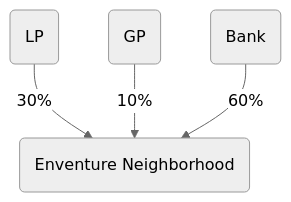
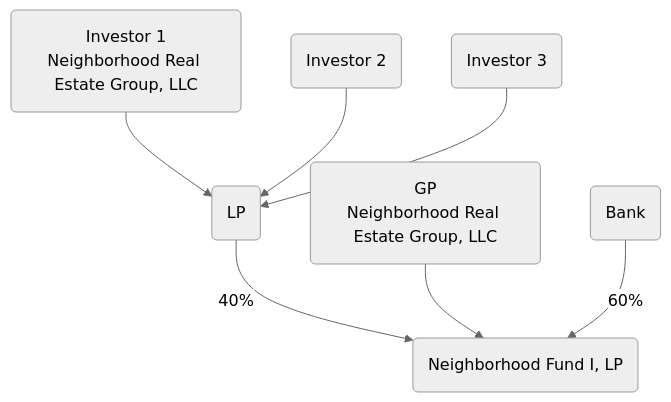
Before and after one commit to Enventure/neighborhood: the diagram in neighborhood.md, drawn with Mermaid (neutral theme). The commit also changed other lines of this file and 2 other files, not shown here.

```diff
--- a/neighborhood.md
+++ b/neighborhood.md
@@ -131,8 +131,11 @@
 <div class="mermaid">
 graph TD;
-    0(LP)--30%--> A(Enventure Neighborhood)
-    B(GP)--10%--> A
+    0(LP)--40%--> A(Neighborhood Fund I, LP)
+    B(GP<p>Neighborhood Real Estate Group, LLC</p>)--> A
     C(Bank)--60%--> A
+    1(Investor 1<p>Neighborhood Real Estate Group, LLC</p>)--> 0
+    2(Investor 2)--> 0
+    3(Investor 3)--> 0
     class B,0,C card
     class A blue
 </div>
```
